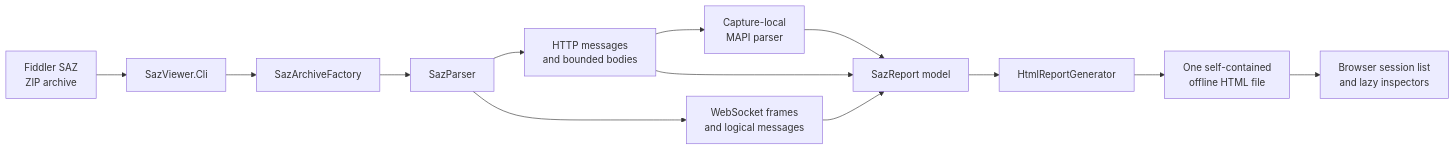
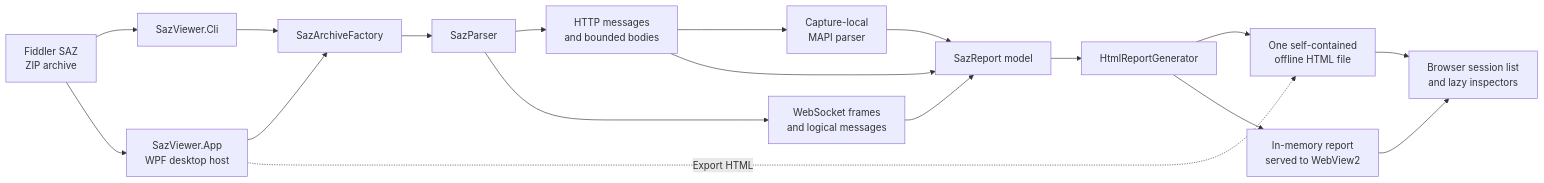
The diagram in docs/architecture/README.md (macienMSFT/Saz-Viewer), drawn with Mermaid before and after one commit. The commit also changed other lines of this file and 4 other files, not shown here.

Commit message:
Document the desktop app in README and architecture docs

````diff
--- a/docs/architecture/README.md
+++ b/docs/architecture/README.md
@@ -5,15 +5,20 @@
 ```mermaid
 flowchart LR
     SAZ["Fiddler SAZ<br/>ZIP archive"] --> CLI["SazViewer.Cli"]
+    SAZ --> APP["SazViewer.App<br/>WPF desktop host"]
     CLI --> AF["SazArchiveFactory"]
+    APP --> AF
     AF --> SP["SazParser"]
     SP --> HTTP["HTTP messages<br/>and bounded bodies"]
     SP --> WS["WebSocket frames<br/>and logical messages"]
     HTTP --> MAPI["Capture-local<br/>MAPI parser"]
     HTTP --> MODEL["SazReport model"]
     WS --> MODEL
     MAPI --> MODEL
     MODEL --> GEN["HtmlReportGenerator"]
     GEN --> HTML["One self-contained<br/>offline HTML file"]
     HTML --> UI["Browser session list<br/>and lazy inspectors"]
+    GEN --> MEM["In-memory report<br/>served to WebView2"]
+    MEM --> UI
+    APP -.->|Export HTML| HTML
 ```
````
